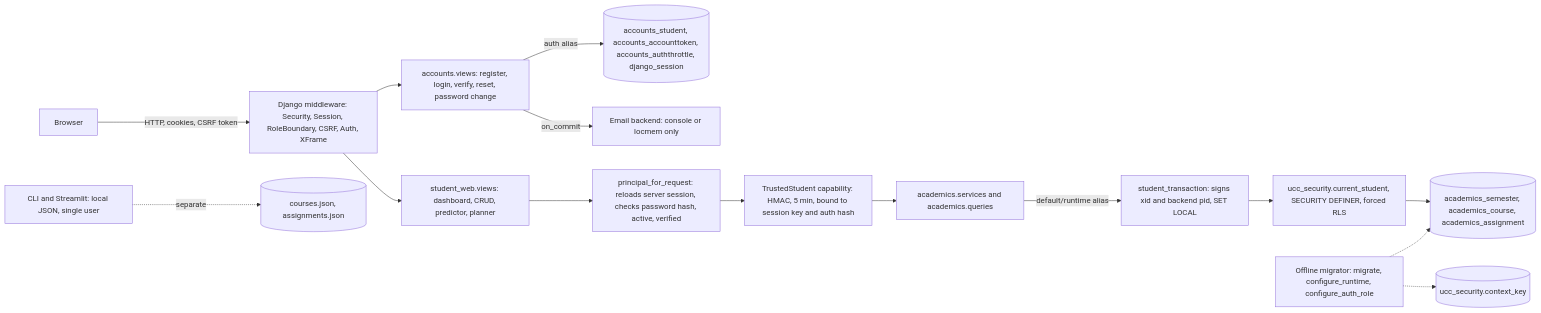
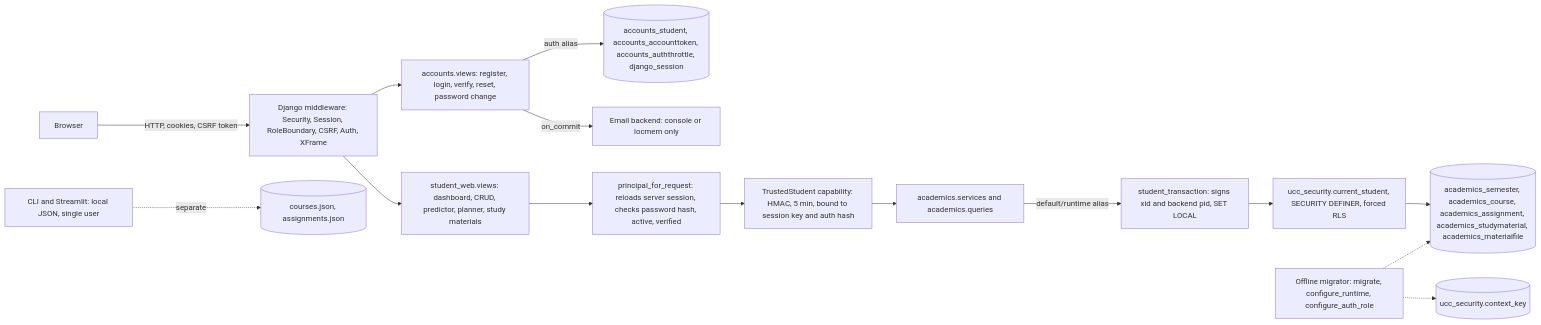
One commit to jordandavid1812-creator/university-command-center changed the diagram in docs/security/THREAT_MODEL.md. Above: the diagram before and after it, drawn with Mermaid. The commit also changed 1 other file, not shown here.

Commit message:
Address PR 60 re-review: threat model tables and lock test scope
THREAT_MODEL.md now lists all five academic tables and the study materials views. The concurrency test counts advisory locks only in its own test database, so parallel runs or other databases cannot cause a false failure.

````diff
--- a/docs/security/THREAT_MODEL.md
+++ b/docs/security/THREAT_MODEL.md
@@ -17,17 +17,17 @@
 ```mermaid
 flowchart LR
     B[Browser] -->|HTTP, cookies, CSRF token| MW[Django middleware: Security, Session, RoleBoundary, CSRF, Auth, XFrame]
     MW --> AV[accounts.views: register, login, verify, reset, password change]
-    MW --> SW[student_web.views: dashboard, CRUD, predictor, planner]
+    MW --> SW[student_web.views: dashboard, CRUD, predictor, planner, study materials]
     AV -->|auth alias| AUTHDB[(accounts_student, accounts_accounttoken, accounts_auththrottle, django_session)]
     SW --> P[principal_for_request: reloads server session, checks password hash, active, verified]
     P --> CAP[TrustedStudent capability: HMAC, 5 min, bound to session key and auth hash]
     CAP --> SVC[academics.services and academics.queries]
     SVC -->|default/runtime alias| TX[student_transaction: signs xid and backend pid, SET LOCAL]
     TX --> RLS[ucc_security.current_student, SECURITY DEFINER, forced RLS]
-    RLS --> ACAD[(academics_semester, academics_course, academics_assignment)]
+    RLS --> ACAD[(academics_semester, academics_course, academics_assignment, academics_studymaterial, academics_materialfile)]
     MIG[Offline migrator: migrate, configure_runtime, configure_auth_role] -.-> ACAD
     MIG -.-> KEY[(ucc_security.context_key)]
     AV -->|on_commit| MAIL[Email backend: console or locmem only]
     CLI[CLI and Streamlit: local JSON, single user] -.separate.-> JSON[(courses.json, assignments.json)]
 ```
````
